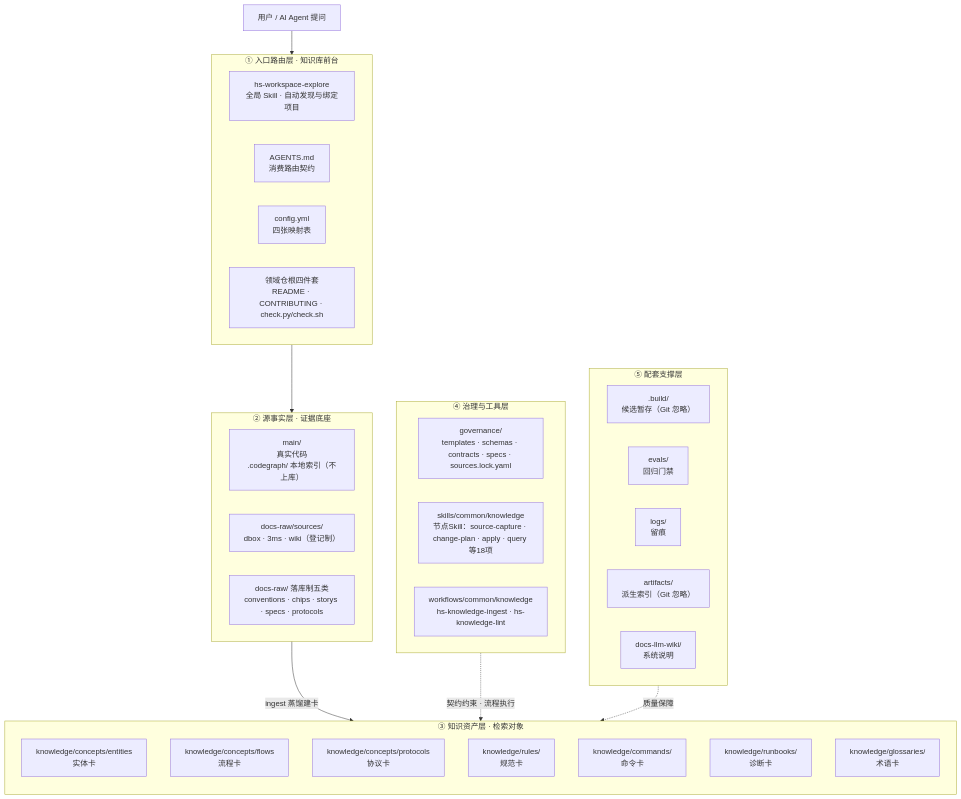
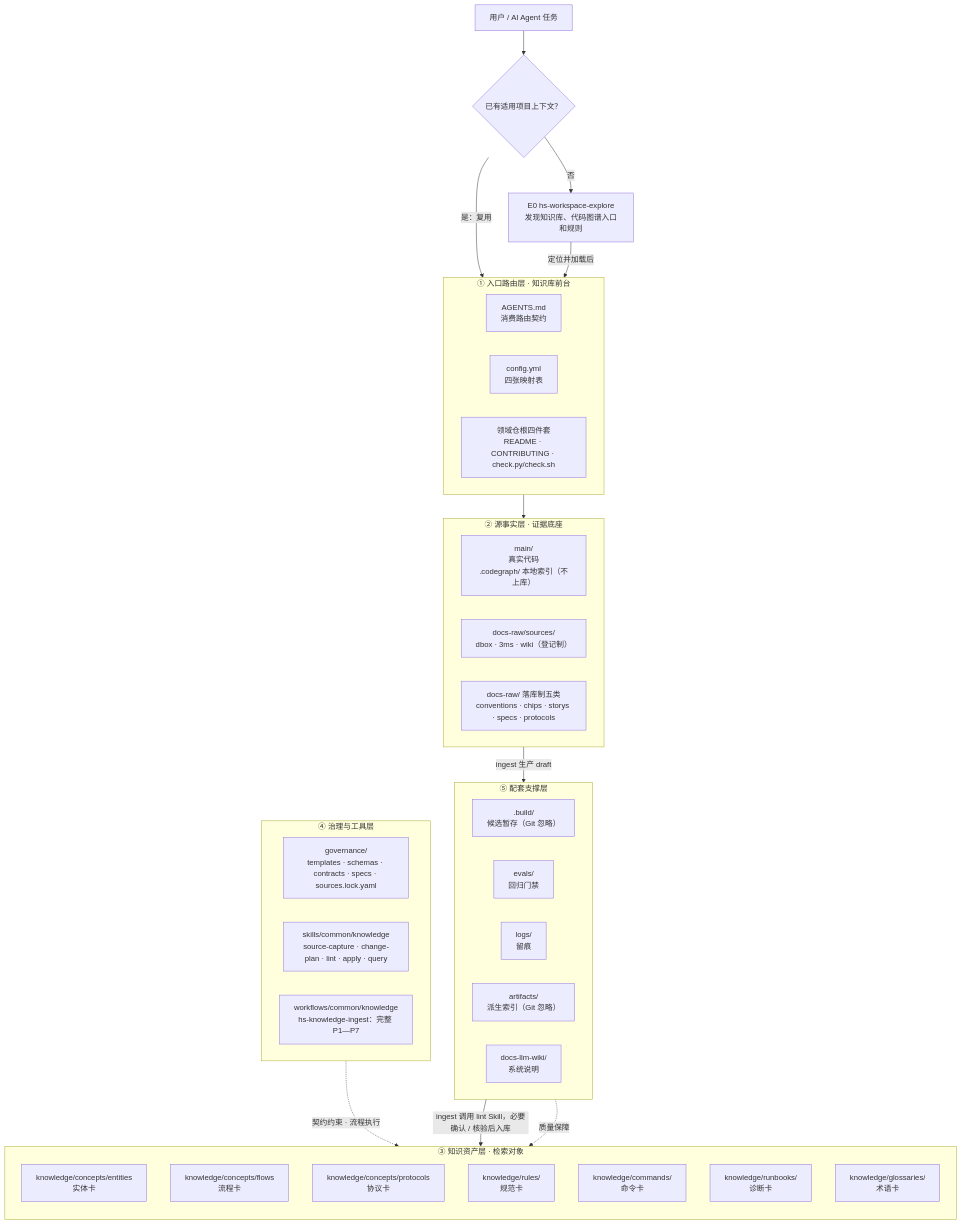
Before and after one commit to Robin-hhc/FactumCore: the first of 7 diagrams in aiotbot-knowledge-wifi-mp/docs-llm-wiki/AIoTBot知识库架构设计.md, drawn with Mermaid. The commit also changed other lines of this file and 447 other files, not shown here.

````diff
--- a/aiotbot-knowledge-wifi-mp/docs-llm-wiki/AIoTBot知识库架构设计.md
+++ b/aiotbot-knowledge-wifi-mp/docs-llm-wiki/AIoTBot知识库架构设计.md
@@ -147,51 +123,57 @@
 ```mermaid
 flowchart TB
-    U["用户 / AI Agent 提问"]
+    U["用户 / AI Agent 任务"]
+    C0{"已有适用项目上下文？"}
+    E0["E0 hs-workspace-explore<br />发现知识库、代码图谱入口和规则"]
 
     subgraph S1["① 入口路由层 · 知识库前台"]
         direction LR
-        A1["hs-workspace-explore<br />全局 Skill · 自动发现与绑定项目"]
         A2["AGENTS.md<br />消费路由契约"]
         A3["config.yml<br />四张映射表"]
         A4["领域仓根四件套<br />README · CONTRIBUTING · check.py/check.sh"]
     end
 
     subgraph S2["② 源事实层 · 证据底座"]
         direction LR
         B1["main/<br />真实代码<br />.codegraph/ 本地索引（不上库）"]
         B2["docs-raw/sources/<br />dbox · 3ms · wiki（登记制）"]
         B3["docs-raw/ 落库制五类<br />conventions · chips · storys · specs · protocols"]
     end
 
     subgraph S3["③ 知识资产层 · 检索对象"]
         direction TB
         C1["knowledge/concepts/entities<br />实体卡"]
         C2["knowledge/concepts/flows<br />流程卡"]
         C3["knowledge/concepts/protocols<br />协议卡"]
         C4["knowledge/rules/<br />规范卡"]
         C5["knowledge/commands/<br />命令卡"]
         C6["knowledge/runbooks/<br />诊断卡"]
         C7["knowledge/glossaries/<br />术语卡"]
     end
 
     subgraph S4["④ 治理与工具层"]
         direction LR
         D1["governance/<br />templates · schemas · contracts · specs · sources.lock.yaml"]
-        D2["skills/common/knowledge<br />节点Skill：source-capture · change-plan · apply · query 等18项"]
-        D3["workflows/common/knowledge<br />hs-knowledge-ingest · hs-knowledge-lint"]
+        D2["skills/common/knowledge<br />source-capture · change-plan · lint · apply · query"]
+        D3["workflows/common/knowledge<br />hs-knowledge-ingest：完整 P1—P7"]
     end
 
     subgraph S5["⑤ 配套支撑层"]
         direction LR
         E1[".build/<br />候选暂存（Git 忽略）"]
         E2["evals/<br />回归门禁"]
         E3["logs/<br />留痕"]
         E4["artifacts/<br />派生索引（Git 忽略）"]
         E5["docs-llm-wiki/<br />系统说明"]
     end
 
-    U --> S1 --> S2
-    S2 -->|"ingest 蒸馏建卡"| S3
+    U --> C0
+    C0 -->|"是：复用"| S1
+    C0 -->|"否"| E0
+    E0 -->|"定位并加载后"| S1
+    S1 --> S2
+    S2 -->|"ingest 生产 draft"| E1
+    E1 -->|"ingest 调用 lint Skill，必要确认 / 核验后入库"| S3
     S4 -.->|"契约约束 · 流程执行"| S3
     S5 -.->|"质量保障"| S3
 ```
````
